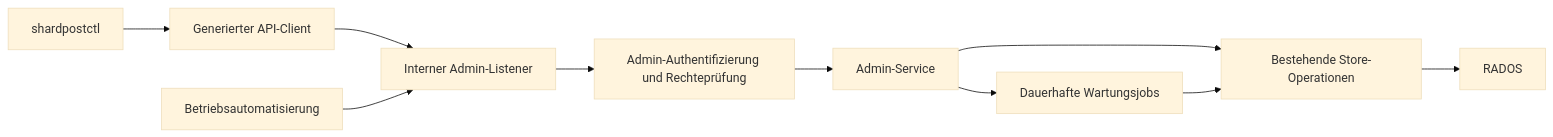
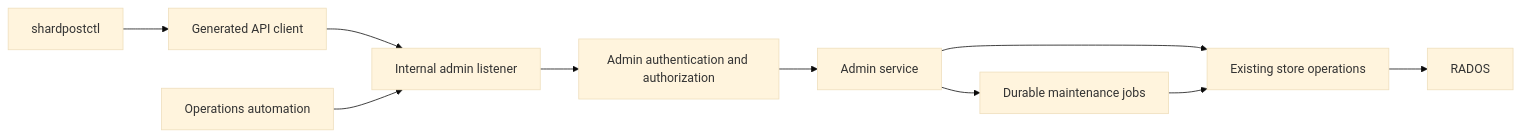
The diagram in docs/development/admin-stage.md (croessner/shardpost), drawn with Mermaid (base theme) before and after one commit. The commit also changed other lines of this file and 49 other files, not shown here.

````diff
--- a/docs/development/admin-stage.md
+++ b/docs/development/admin-stage.md
@@ -56,12 +59,12 @@
 ```mermaid
 flowchart LR
-    CLI[shardpostctl] --> SDK[Generierter API-Client]
-    SDK --> API[Interner Admin-Listener]
-    AUTO[Betriebsautomatisierung] --> API
-    API --> AUTH[Admin-Authentifizierung und Rechteprüfung]
-    AUTH --> SVC[Admin-Service]
-    SVC --> STORE[Bestehende Store-Operationen]
-    SVC --> JOBS[Dauerhafte Wartungsjobs]
+    CLI[shardpostctl] --> SDK[Generated API client]
+    SDK --> API[Internal admin listener]
+    AUTO[Operations automation] --> API
+    API --> AUTH[Admin authentication and authorization]
+    AUTH --> SVC[Admin service]
+    SVC --> STORE[Existing store operations]
+    SVC --> JOBS[Durable maintenance jobs]
     JOBS --> STORE
     STORE --> RADOS[RADOS]
 ```
````
